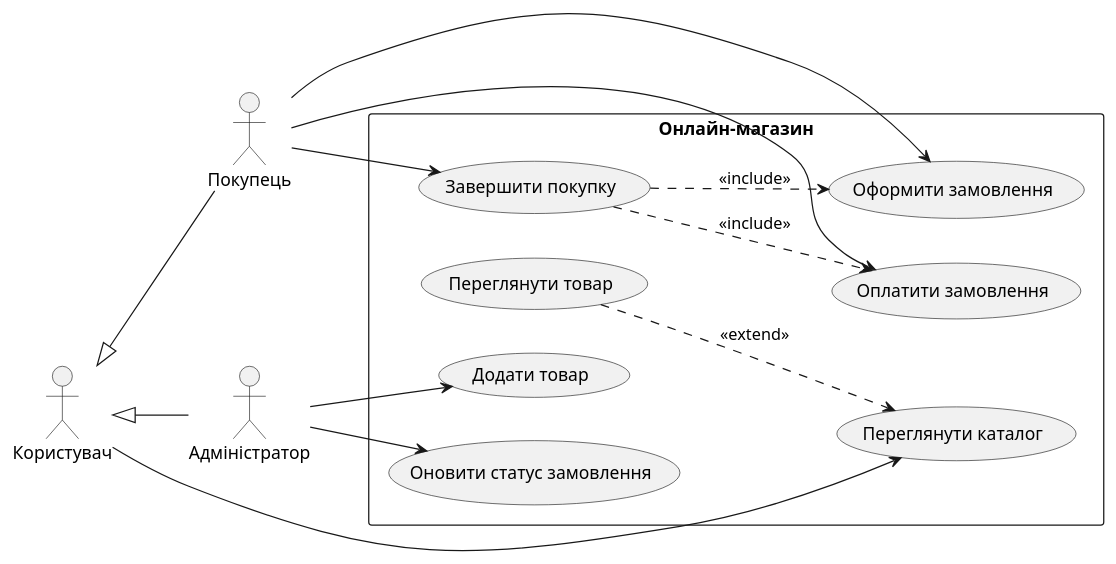
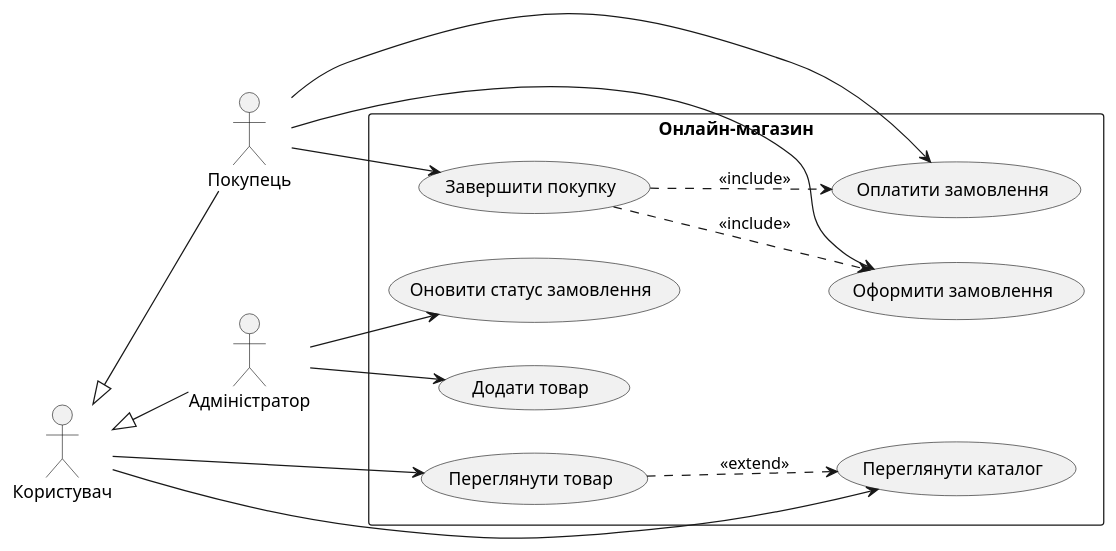
The diagram in lab-2/use-case.puml (fiodm/-ER-), drawn with PlantUML before and after one commit.

```diff
--- a/lab-2/use-case.puml
+++ b/lab-2/use-case.puml
@@ -2,33 +2,34 @@
 @startuml
 left to right direction
 skinparam packageStyle rectangle
 
 actor "Користувач" as User
 actor "Покупець" as Customer
 actor "Адміністратор" as Admin
 
 User <|-- Customer
 User <|-- Admin
 
 rectangle "Онлайн-магазин" {
   usecase "Переглянути каталог" as UC01
   usecase "Переглянути товар" as UC02
   usecase "Оформити замовлення" as UC03
   usecase "Оплатити замовлення" as UC04
   usecase "Додати товар" as UC05
   usecase "Оновити статус замовлення" as UC06
   usecase "Завершити покупку" as UC07
 }
 
 User --> UC01
+User --> UC02
 Customer --> UC03
 Customer --> UC04
 Customer --> UC07
 Admin --> UC05
 Admin --> UC06
 
 UC02 ..> UC01 : <<extend>>
 UC07 ..> UC03 : <<include>>
 UC07 ..> UC04 : <<include>>
 
 @enduml
```
